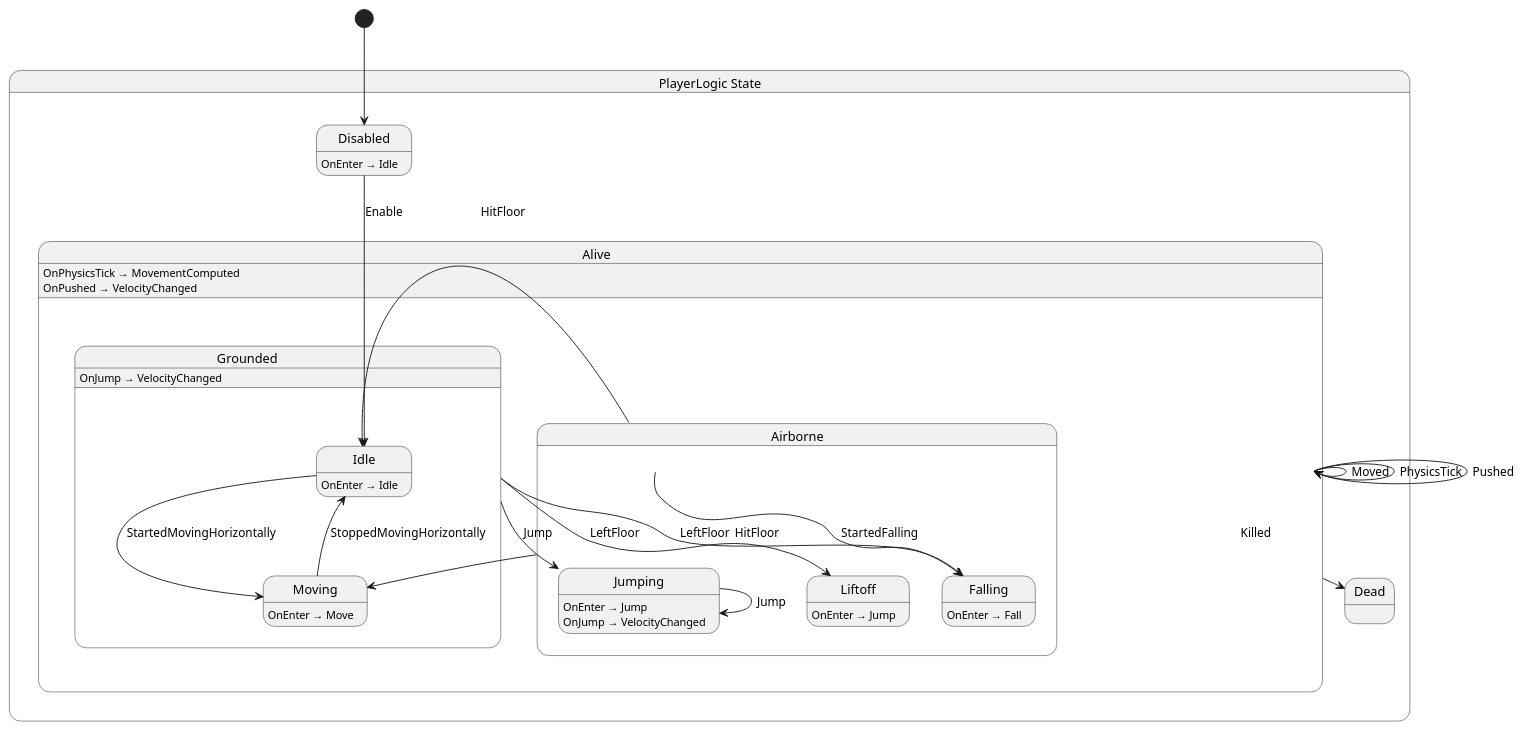
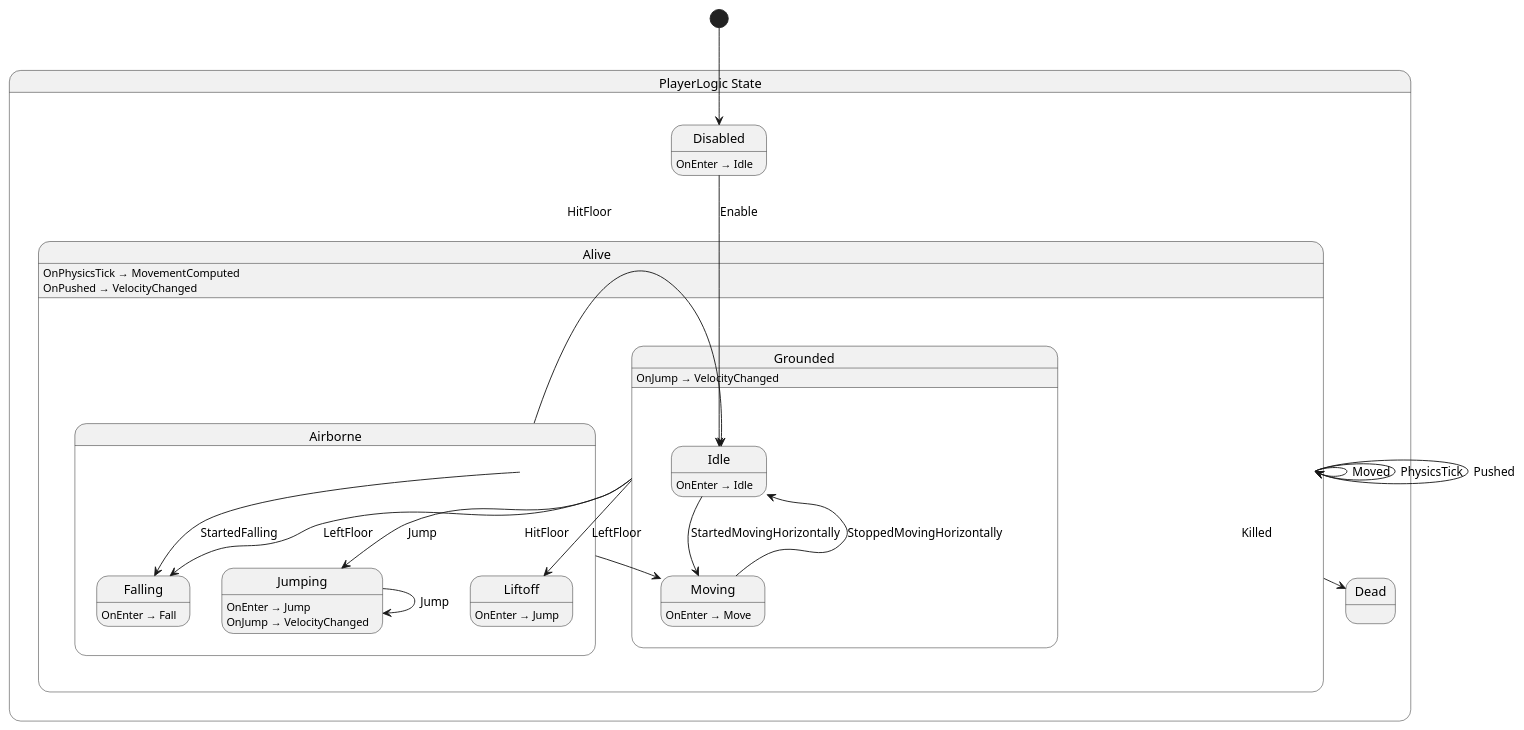
Before and after one commit to chickensoft-games/GameDemo: the diagram in src/player/state/PlayerLogic.g.puml, drawn with PlantUML. The commit also changed other lines of this file and 239 other files, not shown here.

```diff
--- a/src/player/state/PlayerLogic.g.puml
+++ b/src/player/state/PlayerLogic.g.puml
@@ -1,45 +1,45 @@
 @startuml PlayerLogic
 state "PlayerLogic State" as GameDemo_PlayerLogic_State {
+  state "Dead" as GameDemo_PlayerLogic_State_Dead
   state "Alive" as GameDemo_PlayerLogic_State_Alive {
-    state "Airborne" as GameDemo_PlayerLogic_State_Airborne {
-      state "Falling" as GameDemo_PlayerLogic_State_Falling
-      state "Jumping" as GameDemo_PlayerLogic_State_Jumping
-      state "Liftoff" as GameDemo_PlayerLogic_State_Liftoff
-    }
     state "Grounded" as GameDemo_PlayerLogic_State_Grounded {
       state "Idle" as GameDemo_PlayerLogic_State_Idle
       state "Moving" as GameDemo_PlayerLogic_State_Moving
     }
+    state "Airborne" as GameDemo_PlayerLogic_State_Airborne {
+      state "Jumping" as GameDemo_PlayerLogic_State_Jumping
+      state "Liftoff" as GameDemo_PlayerLogic_State_Liftoff
+      state "Falling" as GameDemo_PlayerLogic_State_Falling
+    }
   }
-  state "Dead" as GameDemo_PlayerLogic_State_Dead
   state "Disabled" as GameDemo_PlayerLogic_State_Disabled
 }
 
 GameDemo_PlayerLogic_State_Airborne --> GameDemo_PlayerLogic_State_Falling : StartedFalling
 GameDemo_PlayerLogic_State_Airborne --> GameDemo_PlayerLogic_State_Idle : HitFloor
 GameDemo_PlayerLogic_State_Airborne --> GameDemo_PlayerLogic_State_Moving : HitFloor
 GameDemo_PlayerLogic_State_Alive --> GameDemo_PlayerLogic_State_Alive : Moved
 GameDemo_PlayerLogic_State_Alive --> GameDemo_PlayerLogic_State_Alive : PhysicsTick
 GameDemo_PlayerLogic_State_Alive --> GameDemo_PlayerLogic_State_Alive : Pushed
 GameDemo_PlayerLogic_State_Alive --> GameDemo_PlayerLogic_State_Dead : Killed
 GameDemo_PlayerLogic_State_Disabled --> GameDemo_PlayerLogic_State_Idle : Enable
 GameDemo_PlayerLogic_State_Grounded --> GameDemo_PlayerLogic_State_Falling : LeftFloor
 GameDemo_PlayerLogic_State_Grounded --> GameDemo_PlayerLogic_State_Jumping : Jump
 GameDemo_PlayerLogic_State_Grounded --> GameDemo_PlayerLogic_State_Liftoff : LeftFloor
 GameDemo_PlayerLogic_State_Idle --> GameDemo_PlayerLogic_State_Moving : StartedMovingHorizontally
 GameDemo_PlayerLogic_State_Jumping --> GameDemo_PlayerLogic_State_Jumping : Jump
 GameDemo_PlayerLogic_State_Moving --> GameDemo_PlayerLogic_State_Idle : StoppedMovingHorizontally
 
 GameDemo_PlayerLogic_State_Alive : OnPhysicsTick → MovementComputed
 GameDemo_PlayerLogic_State_Alive : OnPushed → VelocityChanged
 GameDemo_PlayerLogic_State_Disabled : OnEnter → Idle
 GameDemo_PlayerLogic_State_Falling : OnEnter → Fall
 GameDemo_PlayerLogic_State_Grounded : OnJump → VelocityChanged
 GameDemo_PlayerLogic_State_Idle : OnEnter → Idle
 GameDemo_PlayerLogic_State_Jumping : OnEnter → Jump
 GameDemo_PlayerLogic_State_Jumping : OnJump → VelocityChanged
 GameDemo_PlayerLogic_State_Liftoff : OnEnter → Jump
 GameDemo_PlayerLogic_State_Moving : OnEnter → Move
 
 [*] --> GameDemo_PlayerLogic_State_Disabled
 @enduml
```
